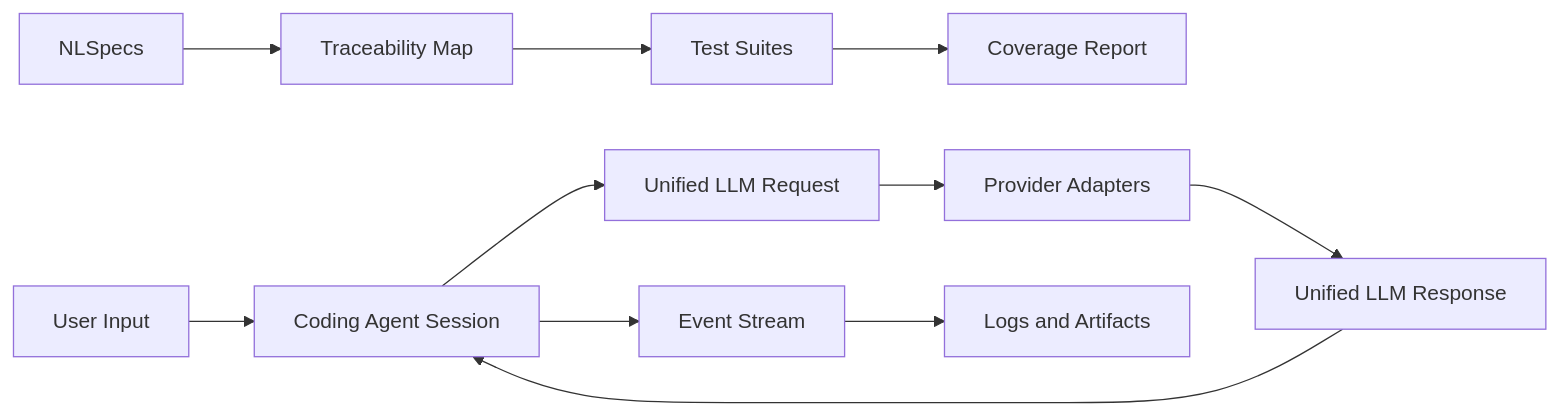
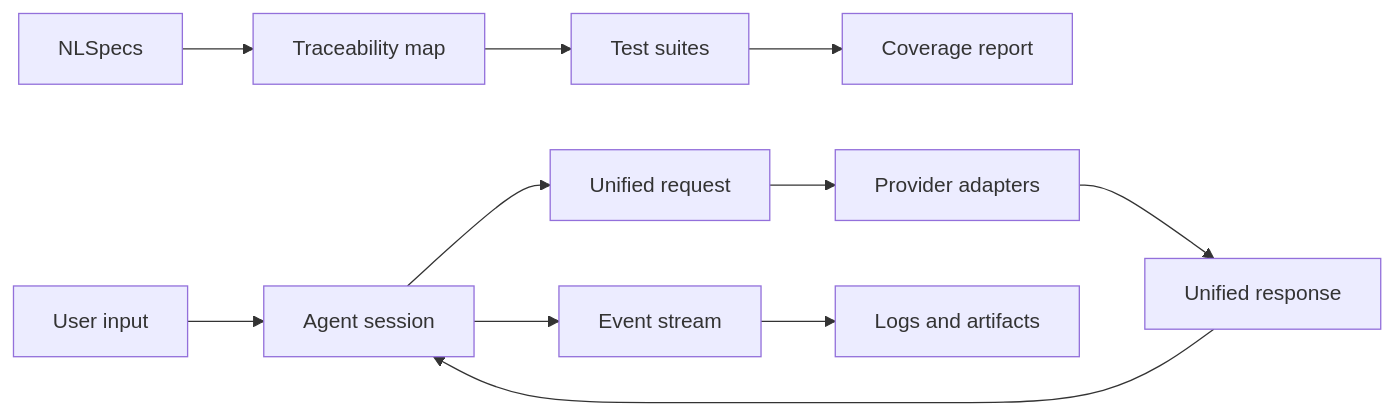
The fourth of 5 diagrams in docs/sprints/SPRINT-001-tcl-implement-nlspecs.md (jaytaylor/attractor-tcl), drawn with Mermaid before and after one commit. The commit also changed other lines of this file and 10 other files, not shown here.

Commit message:
Phase 1: harden coverage validation and expand traceability evidence

````diff
--- a/docs/sprints/SPRINT-001-tcl-implement-nlspecs.md
+++ b/docs/sprints/SPRINT-001-tcl-implement-nlspecs.md
@@ -1966,13 +555,13 @@
 ```mermaid
 flowchart LR
-  SPEC[NLSpecs] --> TRACE[Traceability Map]
-  TRACE --> TESTS[Test Suites]
-  TESTS --> REPORT[Coverage Report]
-  INPUT[User Input] --> SESSION[Coding Agent Session]
-  SESSION --> REQUEST[Unified LLM Request]
-  REQUEST --> PROVIDERS[Provider Adapters]
-  PROVIDERS --> RESPONSE[Unified LLM Response]
+  SPECS[NLSpecs] --> TRACE[Traceability map]
+  TRACE --> TESTS[Test suites]
+  TESTS --> REPORT[Coverage report]
+  USER[User input] --> SESSION[Agent session]
+  SESSION --> REQUEST[Unified request]
+  REQUEST --> ADAPTERS[Provider adapters]
+  ADAPTERS --> RESPONSE[Unified response]
   RESPONSE --> SESSION
-  SESSION --> EVENTS[Event Stream]
-  EVENTS --> OBS[Logs and Artifacts]
+  SESSION --> EVENTS[Event stream]
+  EVENTS --> ARTIFACTS[Logs and artifacts]
 ```
````
